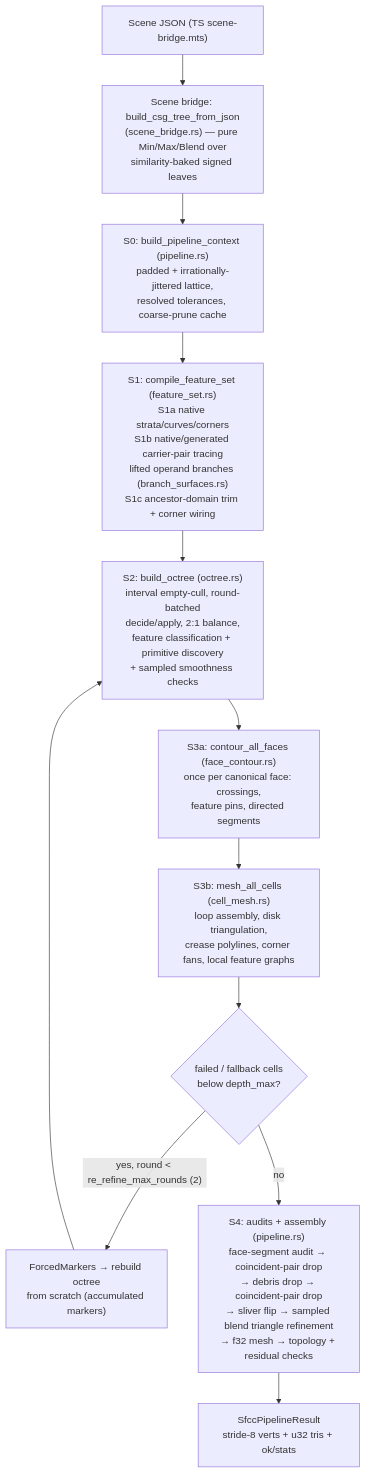
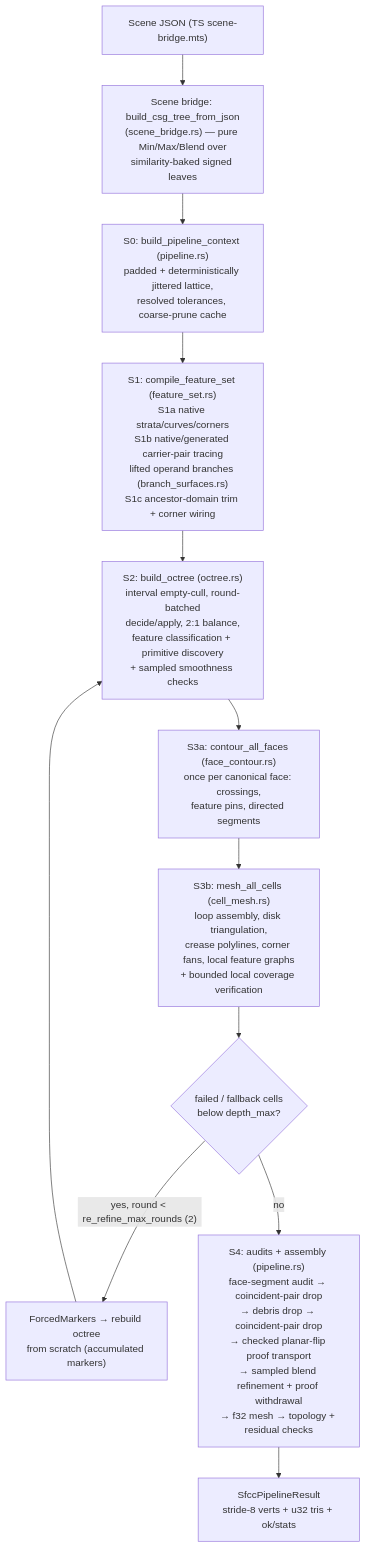
Before and after one commit to mattolenik/GalactiCAD: the diagram in docs/sfcc-meshing-algorithm.md, drawn with Mermaid. The commit also changed other lines of this file and 51 other files, not shown here.

Commit message:
Certify bounded SFCC local coverage and expose multisheet uncertainty

````diff
--- a/docs/sfcc-meshing-algorithm.md
+++ b/docs/sfcc-meshing-algorithm.md
@@ -37,14 +39,14 @@
 ```mermaid
 flowchart TD
     A["Scene JSON (TS scene-bridge.mts)"] --> B["Scene bridge: build_csg_tree_from_json<br/>(scene_bridge.rs) — pure Min/Max/Blend over<br/>similarity-baked signed leaves"]
-    B --> C["S0: build_pipeline_context (pipeline.rs)<br/>padded + irrationally-jittered lattice,<br/>resolved tolerances, coarse-prune cache"]
+    B --> C["S0: build_pipeline_context (pipeline.rs)<br/>padded + deterministically jittered lattice,<br/>resolved tolerances, coarse-prune cache"]
     C --> D["S1: compile_feature_set (feature_set.rs)<br/>S1a native strata/curves/corners<br/>S1b native/generated carrier-pair tracing<br/>lifted operand branches (branch_surfaces.rs)<br/>S1c ancestor-domain trim + corner wiring"]
     D --> E["S2: build_octree (octree.rs)<br/>interval empty-cull, round-batched<br/>decide/apply, 2:1 balance,<br/>feature classification + primitive discovery<br/>+ sampled smoothness checks"]
     E --> F["S3a: contour_all_faces (face_contour.rs)<br/>once per canonical face: crossings,<br/>feature pins, directed segments"]
-    F --> G["S3b: mesh_all_cells (cell_mesh.rs)<br/>loop assembly, disk triangulation,<br/>crease polylines, corner fans, local feature graphs"]
+    F --> G["S3b: mesh_all_cells (cell_mesh.rs)<br/>loop assembly, disk triangulation,<br/>crease polylines, corner fans, local feature graphs<br/>+ bounded local coverage verification"]
     G --> H{"failed / fallback cells<br/>below depth_max?"}
     H -- "yes, round < re_refine_max_rounds (2)" --> I["ForcedMarkers → rebuild octree<br/>from scratch (accumulated markers)"]
     I --> E
-    H -- no --> J["S4: audits + assembly (pipeline.rs)<br/>face-segment audit → coincident-pair drop<br/>→ debris drop → coincident-pair drop<br/>→ sliver flip → sampled blend triangle refinement<br/>→ f32 mesh → topology + residual checks"]
+    H -- no --> J["S4: audits + assembly (pipeline.rs)<br/>face-segment audit → coincident-pair drop<br/>→ debris drop → coincident-pair drop<br/>→ checked planar-flip proof transport<br/>→ sampled blend refinement + proof withdrawal<br/>→ f32 mesh → topology + residual checks"]
     J --> K["SfccPipelineResult<br/>stride-8 verts + u32 tris + ok/stats"]
 ```
````
